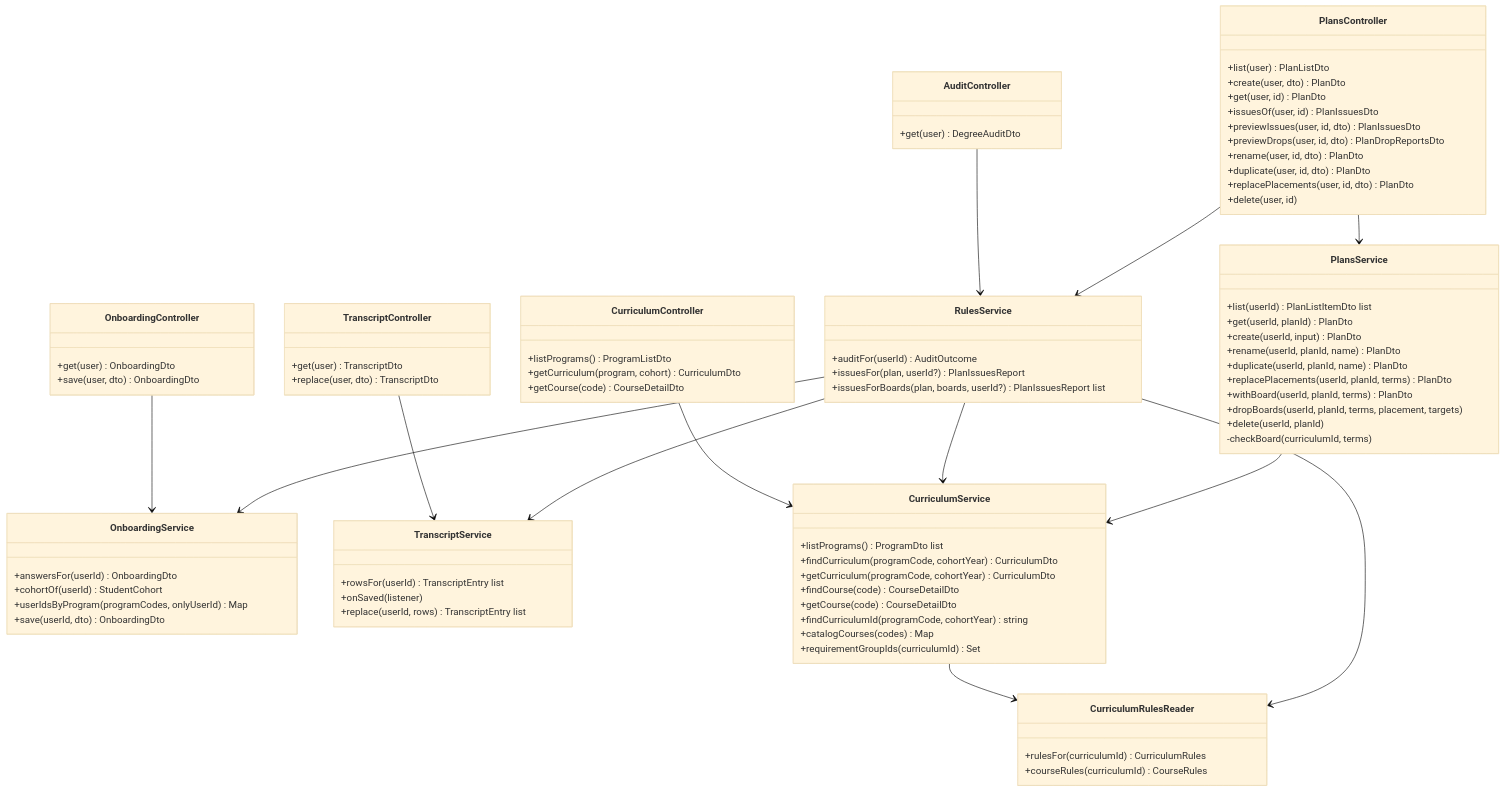
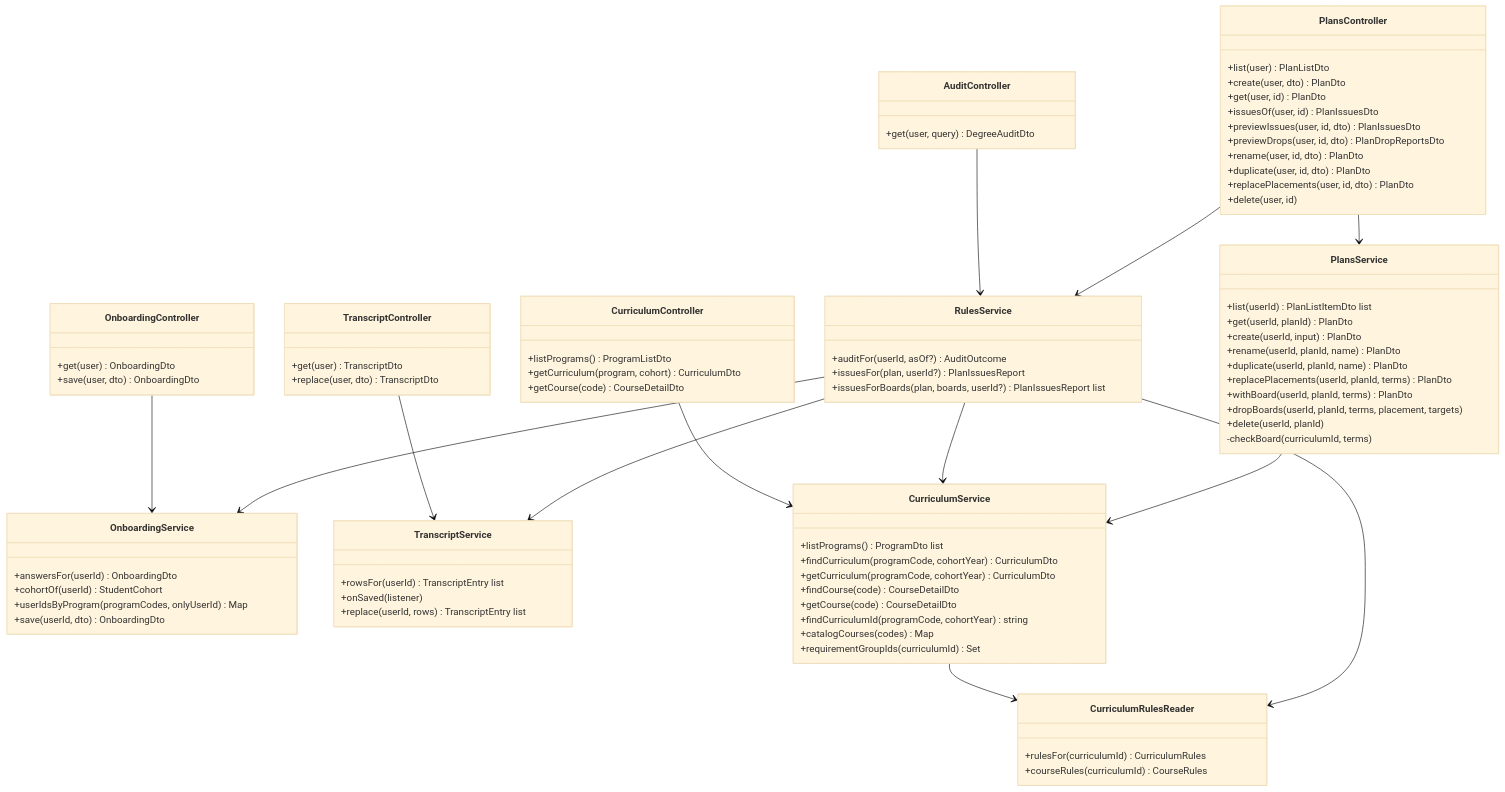
Before and after one commit to LLaammTTeerr/omnicourses: diagram 13 of 17 in docs/analysis-and-design/class-model.md, drawn with Mermaid (base theme). The commit also changed other lines of this file and 16 other files, not shown here.

```diff
--- a/docs/analysis-and-design/class-model.md
+++ b/docs/analysis-and-design/class-model.md
@@ -957,10 +973,10 @@
         +courseRules(curriculumId) CourseRules
     }
     class AuditController {
-        +get(user) DegreeAuditDto
+        +get(user, query) DegreeAuditDto
     }
     class RulesService {
-        +auditFor(userId) AuditOutcome
+        +auditFor(userId, asOf?) AuditOutcome
         +issuesFor(plan, userId?) PlanIssuesReport
         +issuesForBoards(plan, boards, userId?) PlanIssuesReport list
     }
```
